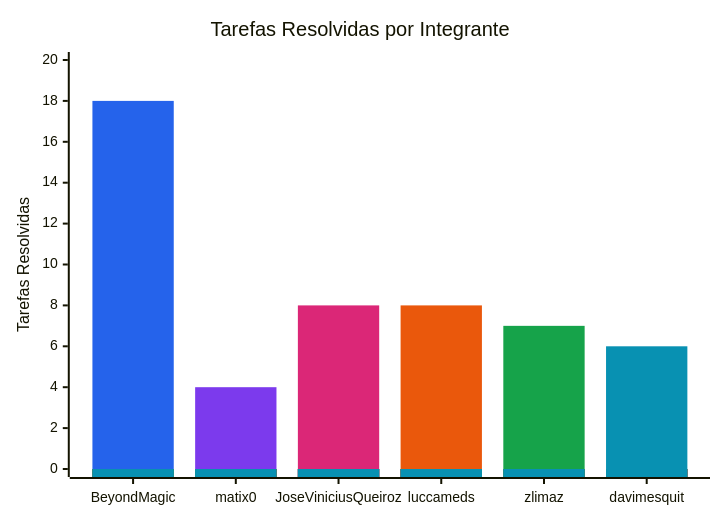
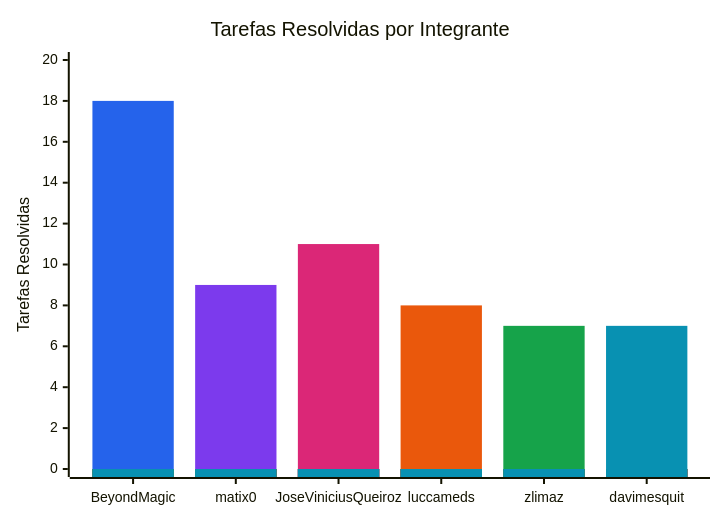
Before and after one commit to FCTE-Qualidade-de-Software-1/2026-2_T02_FRANS_BILAS: the diagram in documentation/snippets/management/resolved-issues.mmd, drawn with Mermaid. The commit also changed 9 other files, not shown here.

```diff
--- a/documentation/snippets/management/resolved-issues.mmd
+++ b/documentation/snippets/management/resolved-issues.mmd
@@ -1,11 +1,11 @@
 %%{init: {"themeVariables": {"xyChart": {"plotColorPalette": "#2563eb, #7c3aed, #db2777, #ea580c, #16a34a, #0891b2"}}}}%%
 xychart-beta
     title "Tarefas Resolvidas por Integrante"
     x-axis ["BeyondMagic", "matix0", "JoseViniciusQueiroz", "luccameds", "zlimaz", "davimesquit"]
     y-axis "Tarefas Resolvidas" 0 --> 20
     bar [18, 0, 0, 0, 0, 0]
-    bar [0, 4, 0, 0, 0, 0]
-    bar [0, 0, 8, 0, 0, 0]
+    bar [0, 9, 0, 0, 0, 0]
+    bar [0, 0, 11, 0, 0, 0]
     bar [0, 0, 0, 8, 0, 0]
     bar [0, 0, 0, 0, 7, 0]
-    bar [0, 0, 0, 0, 0, 6]
+    bar [0, 0, 0, 0, 0, 7]
```
